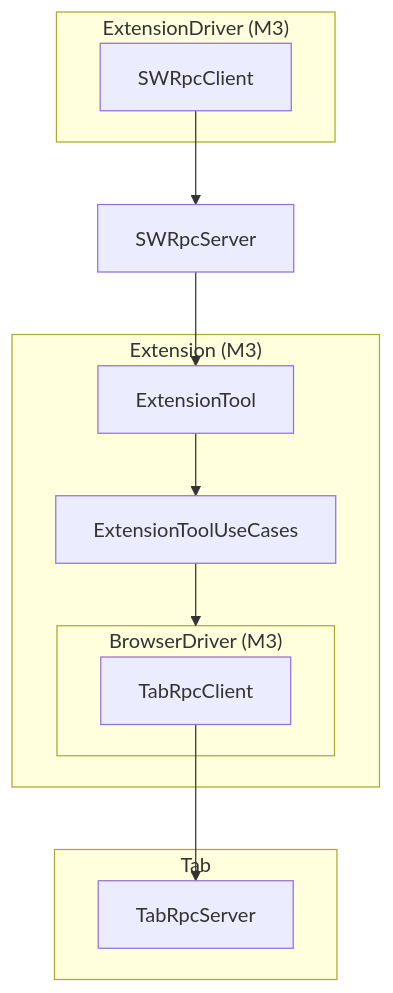
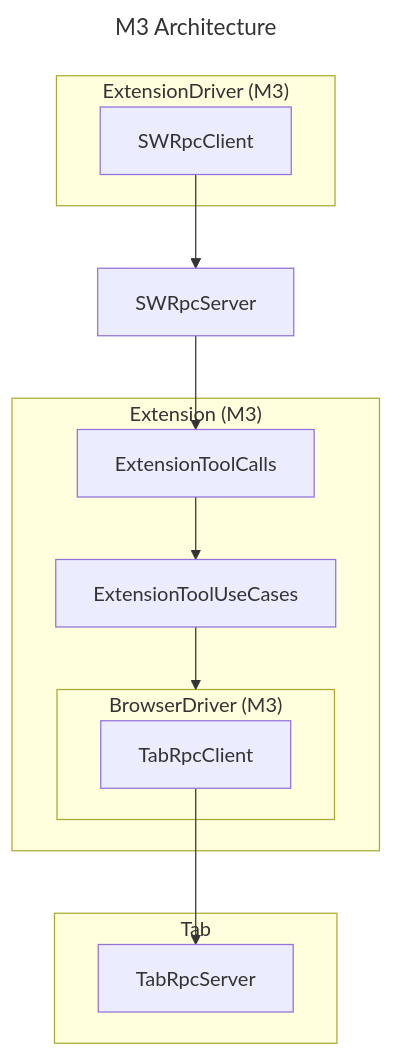
Before and after one commit to ndthanhdev/mcp-browser-kit: the fourth of 4 diagrams in docs/architecture.md, drawn with Mermaid. The commit also changed other lines of this file and 12 other files, not shown here.

First line of the commit message:
refactor: rename viewable element methods to use coordinates and update architecture documentation

````diff
--- a/docs/architecture.md
+++ b/docs/architecture.md
@@ -76,25 +104,28 @@
 ```mermaid
+---
+title: M3 Architecture
+---
 flowchart TD
   subgraph ExtensionDriver["ExtensionDriver (M3)"]
     SWRpcClient
   end
   subgraph Tab
     TabRpcServer
     SWRpcClient
   end
   subgraph BrowserDriver["BrowserDriver (M3)"]
     TabRpcClient
   end
   SWRpcServer
   subgraph Extension["Extension (M3)"]
-    ExtensionTool
+    ExtensionToolCalls
     ExtensionToolUseCases
     BrowserDriver
   end
   Tab
   SWRpcClient --> SWRpcServer
-  SWRpcServer --> ExtensionTool
-  ExtensionTool --> ExtensionToolUseCases
+  SWRpcServer --> ExtensionToolCalls
+  ExtensionToolCalls --> ExtensionToolUseCases
   ExtensionToolUseCases --> BrowserDriver
   TabRpcClient --> TabRpcServer
 ```
````
